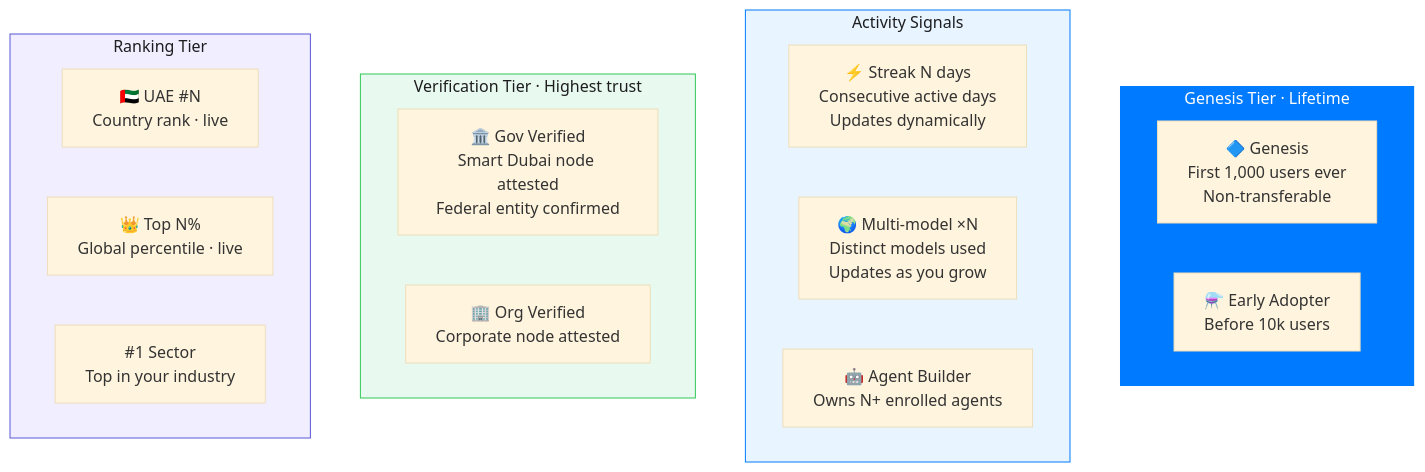
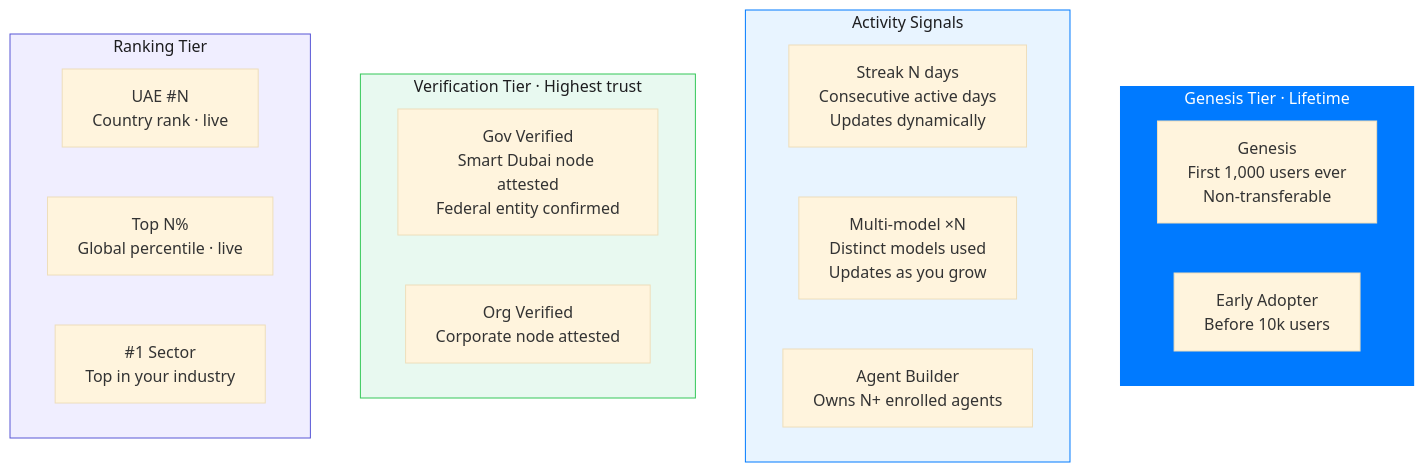
The fifth of 12 diagrams in docs/identity.md (vishalm/hivehq), drawn with Mermaid (base theme) before and after one commit. The commit also changed other lines of this file and 6 other files, not shown here.

````diff
--- a/docs/identity.md
+++ b/docs/identity.md
@@ -145,29 +145,29 @@
 ```mermaid
 graph TD
     subgraph GENESIS ["Genesis Tier · Lifetime"]
-        B1["🔷 Genesis\nFirst 1,000 users ever\nNon-transferable"]
-        B2["⚗️ Early Adopter\nBefore 10k users"]
+        B1["Genesis\nFirst 1,000 users ever\nNon-transferable"]
+        B2["Early Adopter\nBefore 10k users"]
     end
 
     subgraph ACTIVITY ["Activity Signals"]
-        B3["⚡ Streak N days\nConsecutive active days\nUpdates dynamically"]
-        B4["🌍 Multi-model ×N\nDistinct models used\nUpdates as you grow"]
-        B5["🤖 Agent Builder\nOwns N+ enrolled agents"]
+        B3["Streak N days\nConsecutive active days\nUpdates dynamically"]
+        B4["Multi-model ×N\nDistinct models used\nUpdates as you grow"]
+        B5["Agent Builder\nOwns N+ enrolled agents"]
     end
 
     subgraph VERIFIED ["Verification Tier · Highest trust"]
-        B6["🏛️ Gov Verified\nSmart Dubai node attested\nFederal entity confirmed"]
-        B7["🏢 Org Verified\nCorporate node attested"]
+        B6["Gov Verified\nSmart Dubai node attested\nFederal entity confirmed"]
+        B7["Org Verified\nCorporate node attested"]
     end
 
     subgraph RANK ["Ranking Tier"]
-        B8["🇦🇪 UAE #N\nCountry rank · live"]
-        B9["👑 Top N%\nGlobal percentile · live"]
+        B8["UAE #N\nCountry rank · live"]
+        B9["Top N%\nGlobal percentile · live"]
         B10["#1 Sector\nTop in your industry"]
     end
 
     style GENESIS fill:#007AFF,color:#fff,stroke:none
     style ACTIVITY fill:#E8F4FF,stroke:#007AFF,color:#1D1D1F
     style VERIFIED fill:#E8F9F0,stroke:#34C759,color:#1D1D1F
     style RANK fill:#F0EEFF,stroke:#5856D6,color:#1D1D1F
 ```
````
